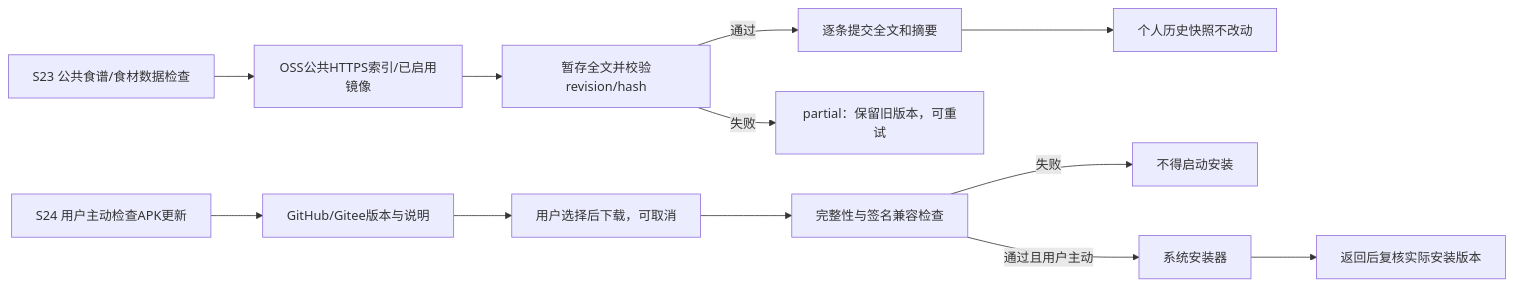
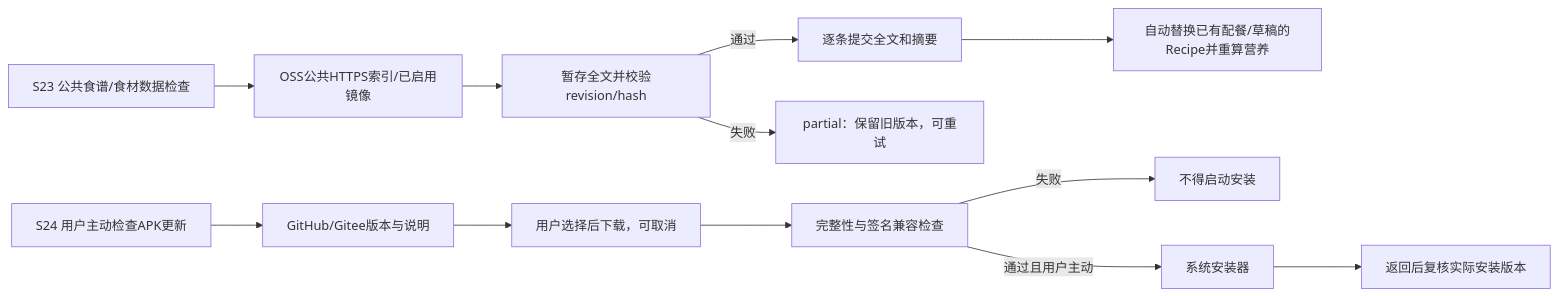
Before and after one commit to Yu-xiaohei/Yuno-recipe-app: the ninth of 9 diagrams in docs/ux/流程与状态.md, drawn with Mermaid. The commit also changed other lines of this file and 58 other files, not shown here.

````diff
--- a/docs/ux/流程与状态.md
+++ b/docs/ux/流程与状态.md
@@ -214,14 +219,14 @@
 ```mermaid
 flowchart LR
     S23["S23 公共食谱/食材数据检查"] --> Manifest["OSS公共HTTPS索引/已启用镜像"]
     Manifest --> Stage["暂存全文并校验revision/hash"]
     Stage -->|通过| Apply["逐条提交全文和摘要"]
     Stage -->|失败| Partial["partial：保留旧版本，可重试"]
-    Apply --> History["个人历史快照不改动"]
+    Apply --> History["自动替换已有配餐/草稿的Recipe并重算营养"]
     S24["S24 用户主动检查APK更新"] --> Release["GitHub/Gitee版本与说明"]
     Release --> Download["用户选择后下载，可取消"]
     Download --> Verify["完整性与签名兼容检查"]
     Verify -->|失败| Stop["不得启动安装"]
     Verify -->|通过且用户主动| Installer["系统安装器"]
     Installer --> Readback["返回后复核实际安装版本"]
 ```
````
